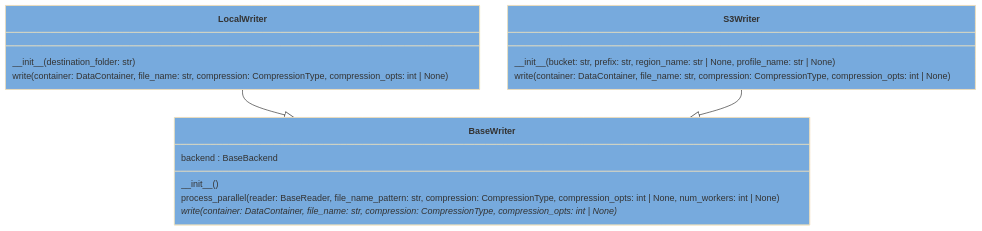
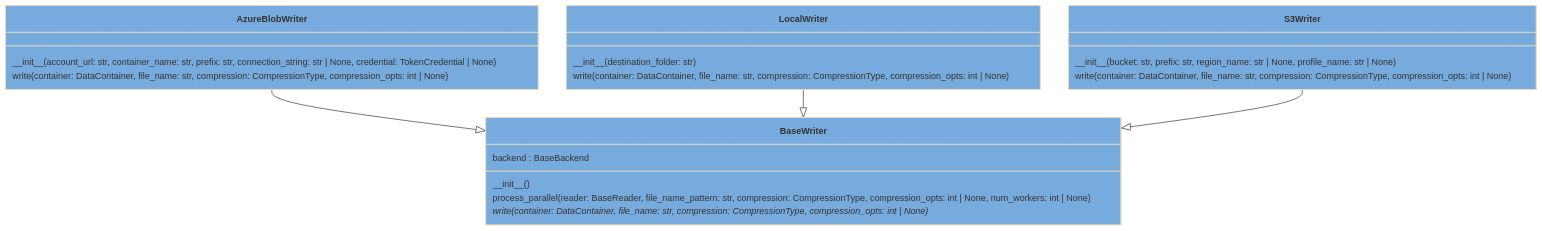
The diagram in docs/pyreverse/mermaid/classes_pythermondt.writers.mmd (voidsy-gmbh/pyThermoNDT), drawn with Mermaid (base theme) before and after one commit. The commit also changed 21 other files, not shown here.

```diff
--- a/docs/pyreverse/mermaid/classes_pythermondt.writers.mmd
+++ b/docs/pyreverse/mermaid/classes_pythermondt.writers.mmd
@@ -1,20 +1,26 @@
 classDiagram
+  class AzureBlobWriter {
+    \_\_init\_\_(account_url: str, container_name: str, prefix: str, connection_string: str | None, credential: TokenCredential | None)
+    write(container: DataContainer, file_name: str, compression: CompressionType, compression_opts: int | None)
+  }
+  style AzureBlobWriter fill:#77AADD
   class BaseWriter {
     backend : BaseBackend
     \_\_init\_\_()
     process_parallel(reader: BaseReader, file_name_pattern: str, compression: CompressionType, compression_opts: int | None, num_workers: int | None)
     write(container: DataContainer, file_name: str, compression: CompressionType, compression_opts: int | None)*
   }
   style BaseWriter fill:#77AADD
   class LocalWriter {
     \_\_init\_\_(destination_folder: str)
     write(container: DataContainer, file_name: str, compression: CompressionType, compression_opts: int | None)
   }
   style LocalWriter fill:#77AADD
   class S3Writer {
     \_\_init\_\_(bucket: str, prefix: str, region_name: str | None, profile_name: str | None)
     write(container: DataContainer, file_name: str, compression: CompressionType, compression_opts: int | None)
   }
   style S3Writer fill:#77AADD
+  AzureBlobWriter --|> BaseWriter
   LocalWriter --|> BaseWriter
   S3Writer --|> BaseWriter
```
